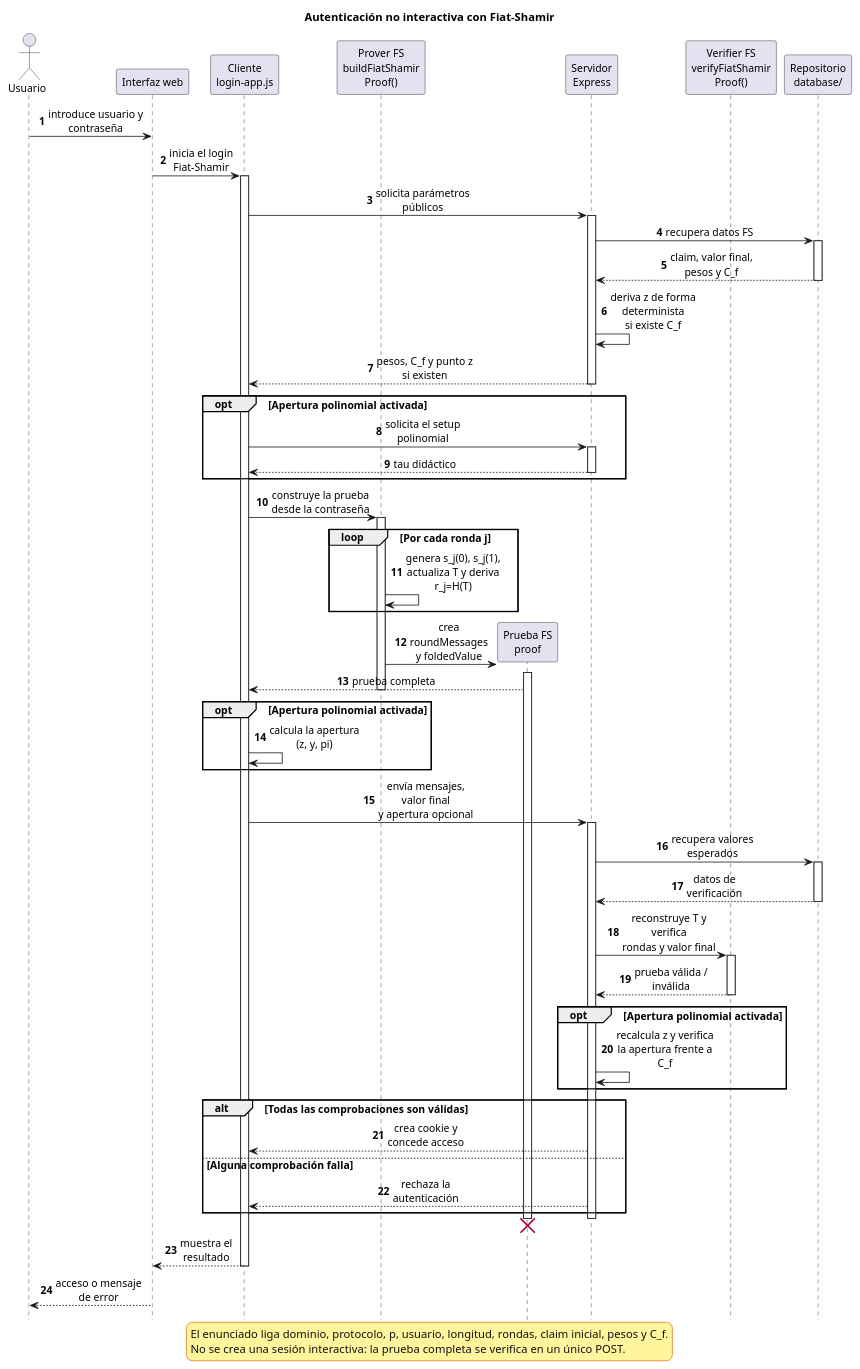
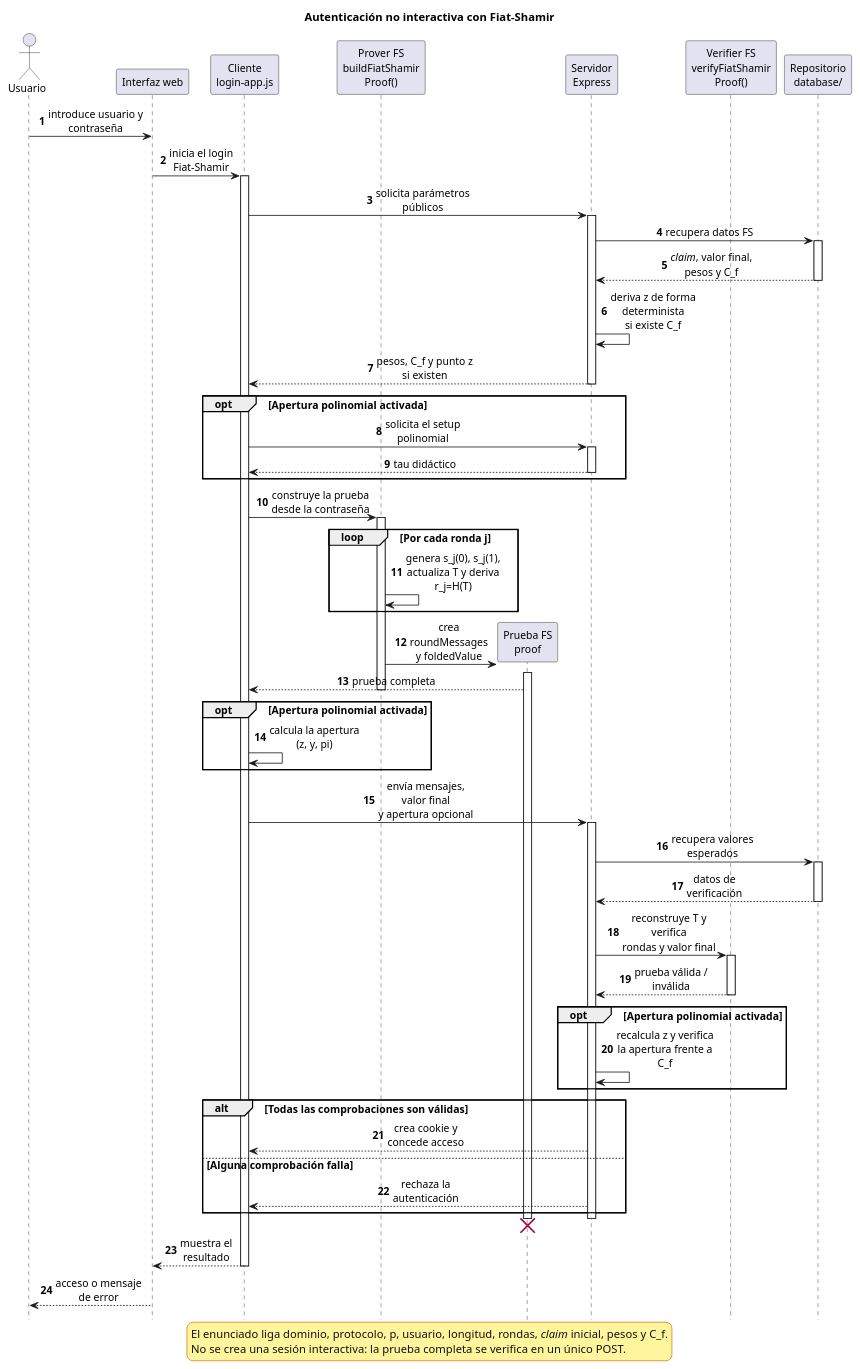
Before and after one commit to jorgeruuiz/zk-like-prototype: the diagram in doc/diagramas/memoria/04_login_fiat_shamir_simplificado.puml, drawn with PlantUML. The commit also changed 7 other files, not shown here.

Commit message:
Finaliza memoria, diagramas y dependencias

```diff
--- a/doc/diagramas/memoria/04_login_fiat_shamir_simplificado.puml
+++ b/doc/diagramas/memoria/04_login_fiat_shamir_simplificado.puml
@@ -1,97 +1,97 @@
 @startuml
 ' Login Fiat-Shamir compacto para el cuerpo de la memoria
 
 hide footbox
 autonumber
 skinparam shadowing false
 skinparam responseMessageBelowArrow true
 skinparam sequenceMessageAlign center
 skinparam wrapWidth 190
 skinparam maxMessageSize 125
 skinparam defaultFontSize 13
 skinparam BoxPadding 4
 skinparam LegendBackgroundColor #FFF59D
 skinparam LegendBorderColor #E67E22
 skinparam LegendFontColor #111111
 
 title Autenticación no interactiva con Fiat-Shamir
 
 actor "Usuario" as User
 participant "Interfaz web" as UI
 participant "Cliente\nlogin-app.js" as Client
 participant "Prover FS\nbuildFiatShamir\nProof()" as FSProver
 participant "Prueba FS\nproof" as Proof
 participant "Servidor\nExpress" as Server
 participant "Verifier FS\nverifyFiatShamir\nProof()" as FSVerifier
 participant "Repositorio\ndatabase/" as Repository
 
 User -> UI : introduce usuario y contraseña
 UI -> Client : inicia el login Fiat-Shamir
 activate Client
 
 Client -> Server : solicita parámetros públicos
 activate Server
 Server -> Repository : recupera datos FS
 activate Repository
-Repository --> Server : claim, valor final,\npesos y C_f
+Repository --> Server : <i>claim</i>, valor final,\npesos y C_f
 deactivate Repository
 Server -> Server : deriva z de forma determinista\nsi existe C_f
 Server --> Client : pesos, C_f y punto z\nsi existen
 deactivate Server
 
 opt Apertura polinomial activada
     Client -> Server : solicita el setup polinomial
     activate Server
     Server --> Client : tau didáctico
     deactivate Server
 end
 
 Client -> FSProver : construye la prueba\ndesde la contraseña
 activate FSProver
 loop Por cada ronda j
     FSProver -> FSProver : genera s_j(0), s_j(1),\nactualiza T y deriva r_j=H(T)
 end
 create Proof
 FSProver -> Proof : crea roundMessages\ny foldedValue
 activate Proof
 Proof --> Client : prueba completa
 deactivate FSProver
 
 opt Apertura polinomial activada
     Client -> Client : calcula la apertura (z, y, pi)
 end
 
 Client -> Server : envía mensajes, valor final\ny apertura opcional
 activate Server
 Server -> Repository : recupera valores\nesperados
 activate Repository
 Repository --> Server : datos de verificación
 deactivate Repository
 Server -> FSVerifier : reconstruye T y verifica\nrondas y valor final
 activate FSVerifier
 FSVerifier --> Server : prueba válida / inválida
 deactivate FSVerifier
 
 opt Apertura polinomial activada
     Server -> Server : recalcula z y verifica\nla apertura frente a C_f
 end
 
 alt Todas las comprobaciones son válidas
     Server --> Client : crea cookie y concede acceso
 else Alguna comprobación falla
     Server --> Client : rechaza la autenticación
 end
 deactivate Server
 
 deactivate Proof
 destroy Proof
 Client --> UI : muestra el resultado
 deactivate Client
 UI --> User : acceso o mensaje de error
 
 legend bottom
-El enunciado liga dominio, protocolo, p, usuario, longitud, rondas, claim inicial, pesos y C_f.
+El enunciado liga dominio, protocolo, p, usuario, longitud, rondas, <i>claim</i> inicial, pesos y C_f.
 No se crea una sesión interactiva: la prueba completa se verifica en un único POST.
 endlegend
 
 @enduml
```
